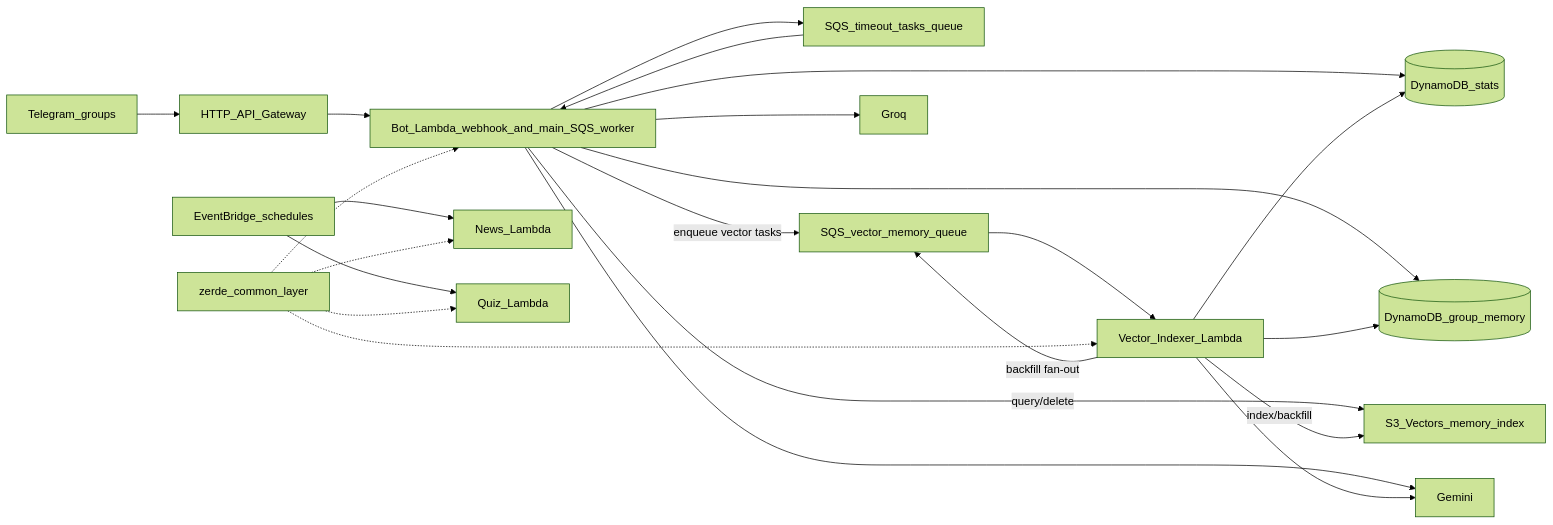
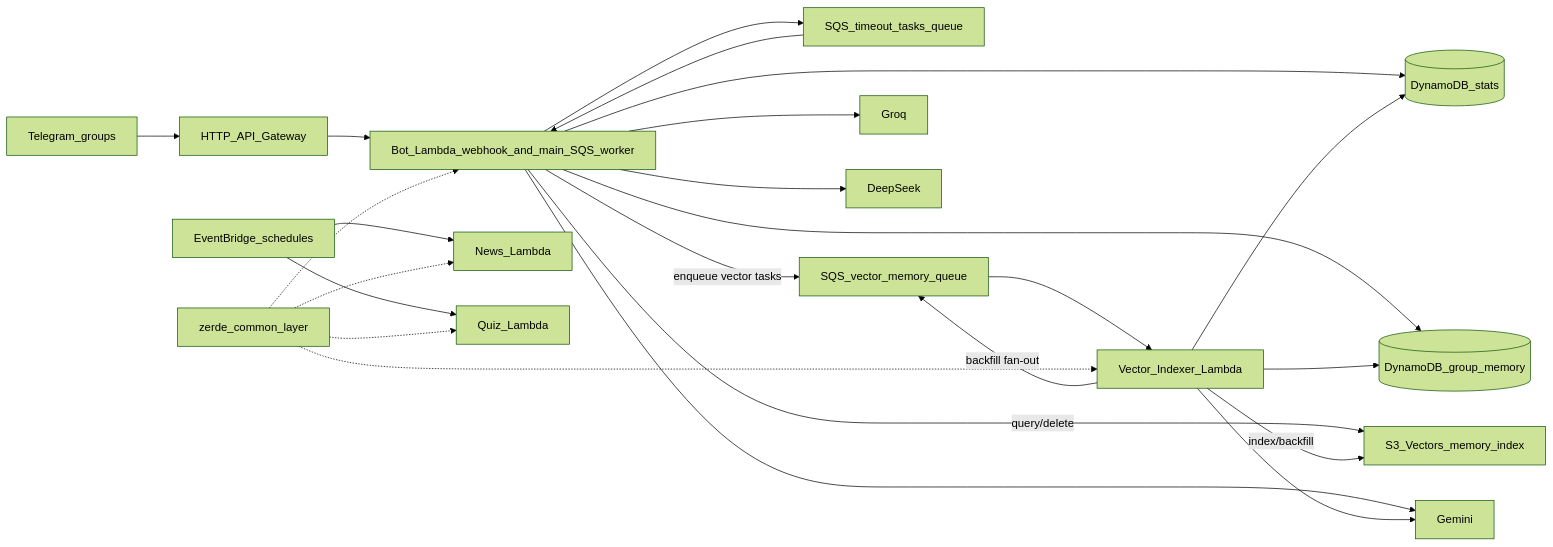
One commit to Bayashat/zerde-serverless-bot changed the diagram in .codex/AGENTS.md. Above: the diagram before and after it, drawn with Mermaid (forest theme). The commit also changed other lines of this file and 19 other files, not shown here.

````diff
--- a/.codex/AGENTS.md
+++ b/.codex/AGENTS.md
@@ -52,25 +52,26 @@
 ```mermaid
 flowchart LR
   Telegram[Telegram_groups] --> APIGW[HTTP_API_Gateway]
   APIGW --> BotLambda[Bot_Lambda_webhook_and_main_SQS_worker]
   MainQ[SQS_timeout_tasks_queue] --> BotLambda
   VectorQ[SQS_vector_memory_queue] --> VectorIndexer[Vector_Indexer_Lambda]
   BotLambda --> MainQ
   BotLambda -- "enqueue vector tasks" --> VectorQ
   BotLambda --> Stats[(DynamoDB_stats)]
   BotLambda --> Memory[(DynamoDB_group_memory)]
   BotLambda -- "query/delete" --> S3Vectors[S3_Vectors_memory_index]
   BotLambda --> Gemini[Gemini]
   BotLambda --> Groq[Groq]
+  BotLambda --> DeepSeek[DeepSeek]
   VectorIndexer -- "backfill fan-out" --> VectorQ
   VectorIndexer --> Stats
   VectorIndexer --> Memory
   VectorIndexer -- "index/backfill" --> S3Vectors
   VectorIndexer --> Gemini
   EventBridge[EventBridge_schedules] --> NewsLambda[News_Lambda]
   EventBridge --> QuizLambda[Quiz_Lambda]
   Layer[zerde_common_layer] -.-> BotLambda
   Layer -.-> VectorIndexer
   Layer -.-> NewsLambda
   Layer -.-> QuizLambda
 ```
````
